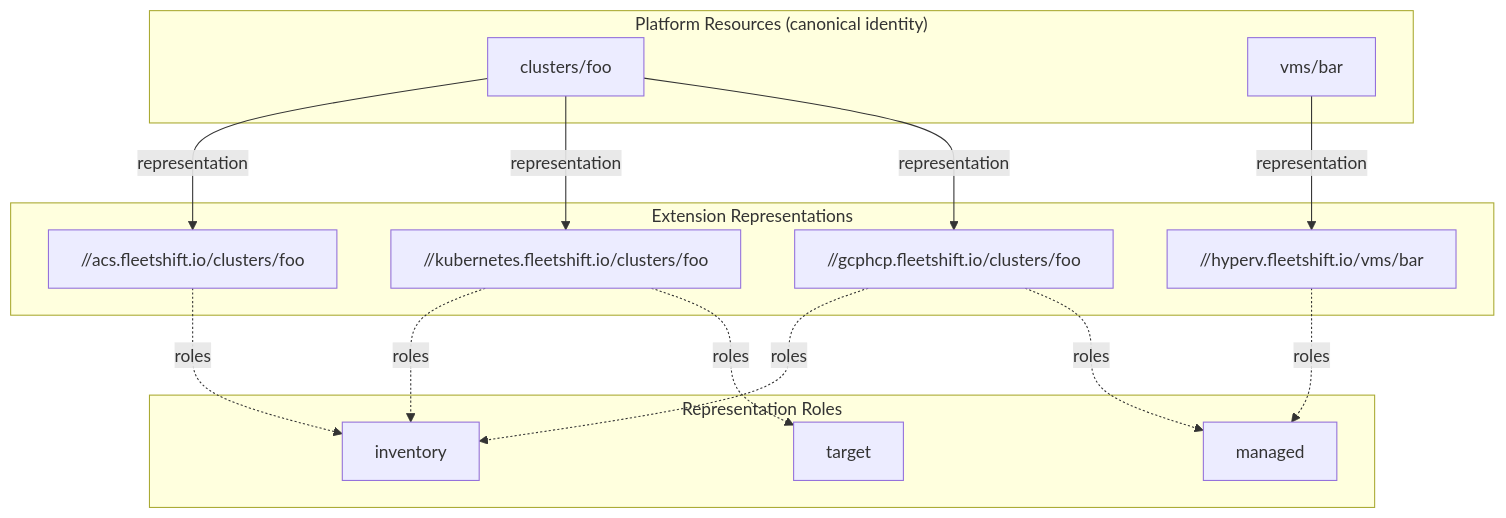
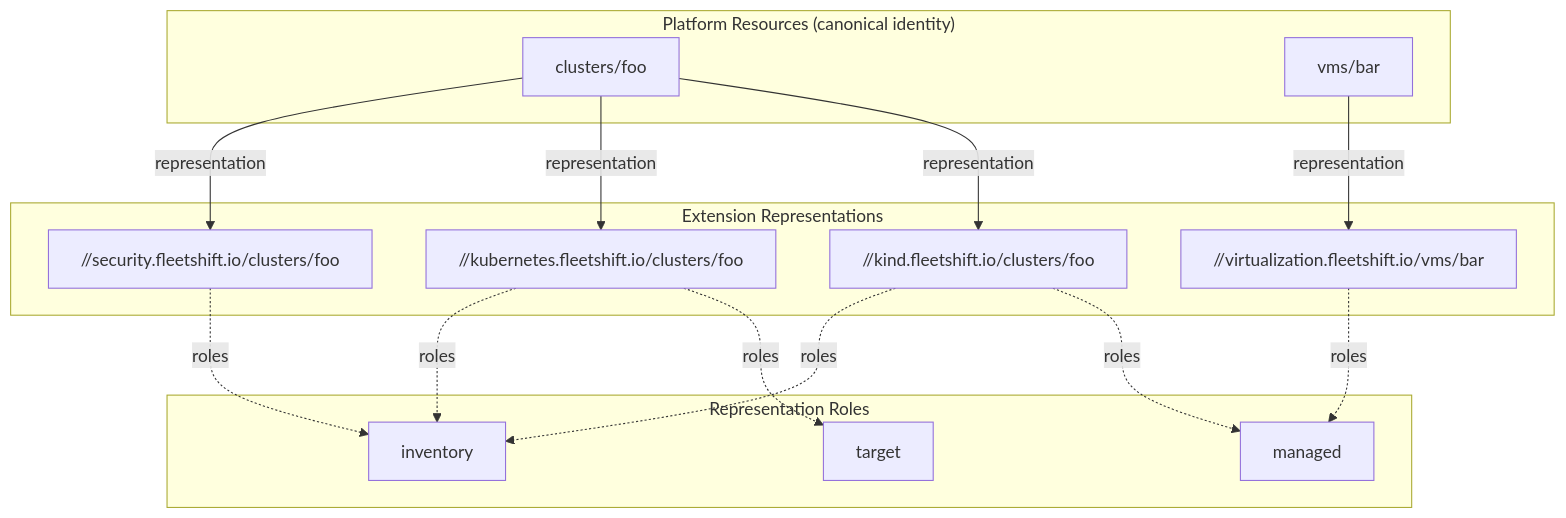
The diagram in docs/design/architecture/resource_identity_and_api.md (fleetshift/fleetshift-poc), drawn with Mermaid before and after one commit. The commit also changed other lines of this file and 361 other files, not shown here.

````diff
--- a/docs/design/architecture/resource_identity_and_api.md
+++ b/docs/design/architecture/resource_identity_and_api.md
@@ -55,31 +55,31 @@
 ```mermaid
 graph TB
     subgraph platformLayer ["Platform Resources (canonical identity)"]
         platformCluster["clusters/foo"]
         platformVM["vms/bar"]
     end
 
     subgraph extLayer ["Extension Representations"]
-        gcphcp["//gcphcp.fleetshift.io/clusters/foo"]
+        kind["//kind.fleetshift.io/clusters/foo"]
         k8s["//kubernetes.fleetshift.io/clusters/foo"]
-        acs["//acs.fleetshift.io/clusters/foo"]
-        hyperv["//hyperv.fleetshift.io/vms/bar"]
+        security["//security.fleetshift.io/clusters/foo"]
+        virtualization["//virtualization.fleetshift.io/vms/bar"]
     end
 
     subgraph rolesLegend ["Representation Roles"]
         managed["managed"]
         inventory["inventory"]
         target["target"]
     end
 
-    platformCluster -->|representation| gcphcp
+    platformCluster -->|representation| kind
     platformCluster -->|representation| k8s
-    platformCluster -->|representation| acs
-    gcphcp -.->|roles| managed
-    gcphcp -.->|roles| inventory
+    platformCluster -->|representation| security
+    kind -.->|roles| managed
+    kind -.->|roles| inventory
     k8s -.->|roles| target
     k8s -.->|roles| inventory
-    acs -.->|roles| inventory
-    platformVM -->|representation| hyperv
-    hyperv -.->|roles| managed
+    security -.->|roles| inventory
+    platformVM -->|representation| virtualization
+    virtualization -.->|roles| managed
 ```
````
